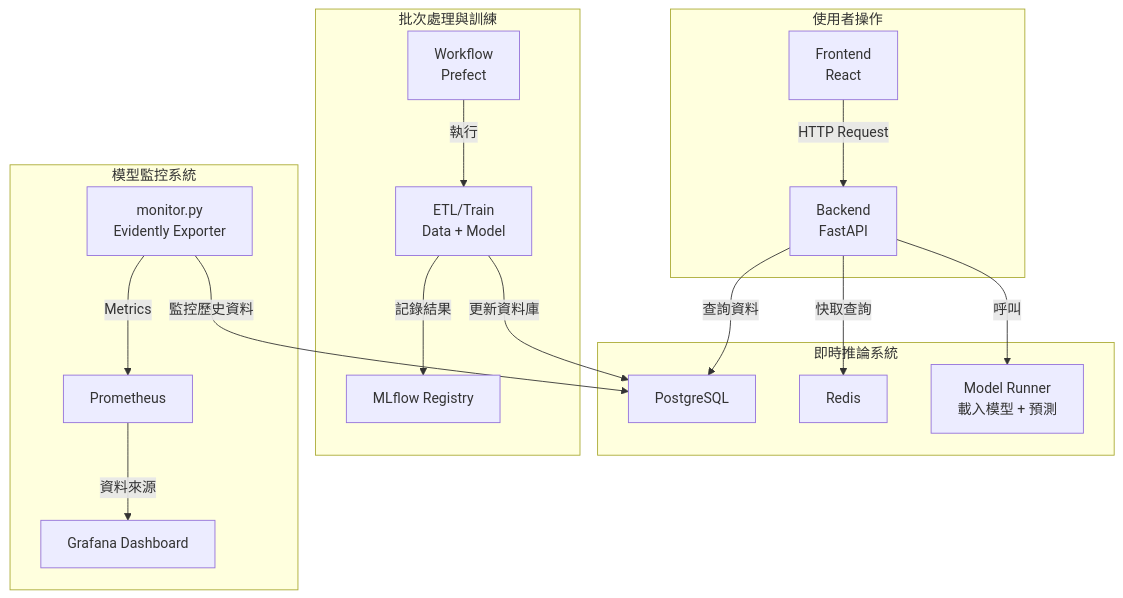
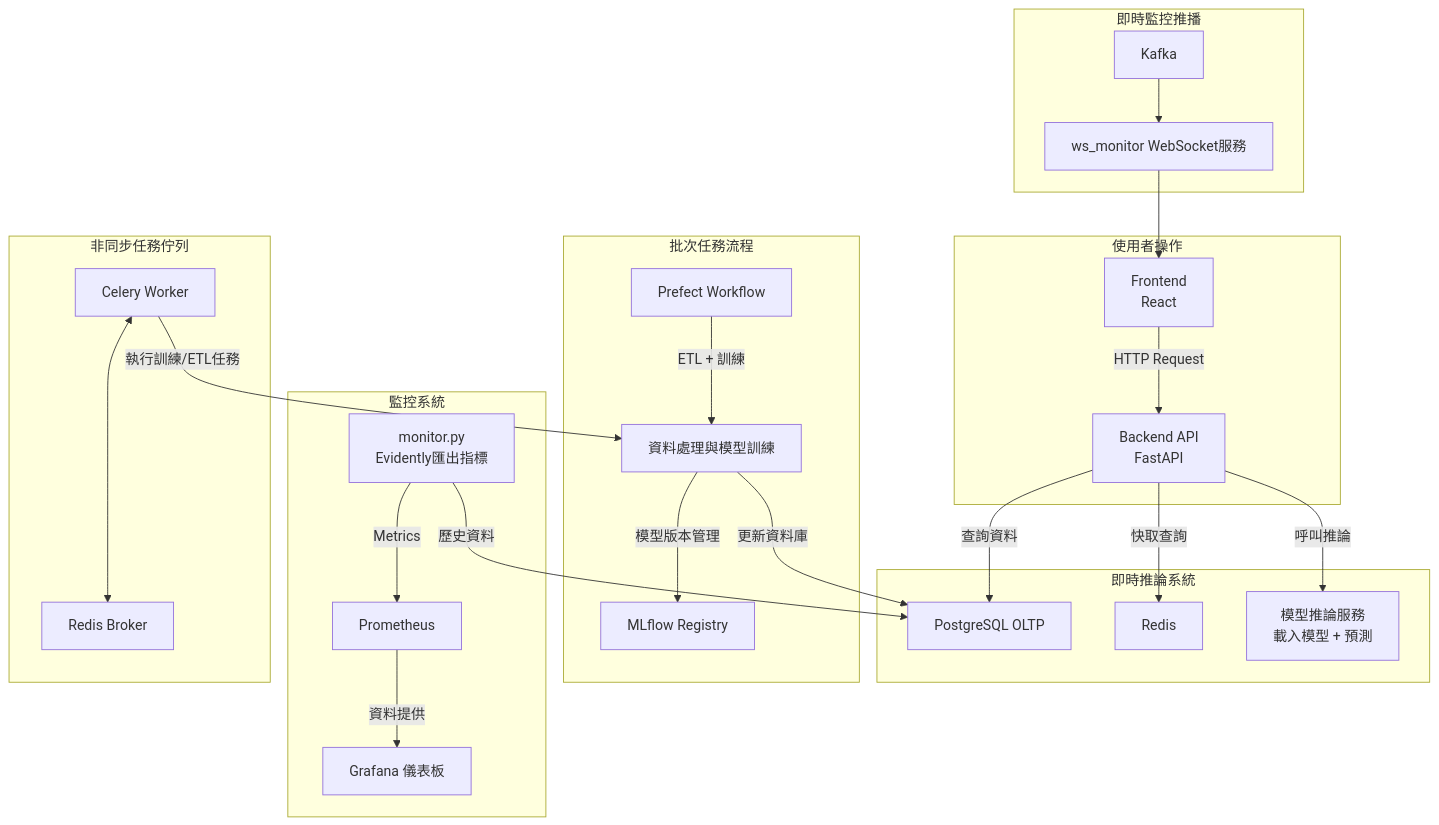
One commit to a920604a/stock-mlops changed the diagram in docs.md. Above: the diagram before and after it, drawn with Mermaid. The commit also changed other lines of this file and 1 other file, not shown here.

Commit message:
udpate docs

````diff
--- a/docs.md
+++ b/docs.md
@@ -24,25 +28,35 @@
 ```mermaid
 graph TD
   subgraph 使用者操作
     A[Frontend<br>React]
-    A -->|HTTP Request| B[Backend<br>FastAPI]
+    A -->|HTTP Request| B[Backend API<br>FastAPI]
   end
 
   subgraph 即時推論系統
-    B -->|查詢資料| D[PostgreSQL]
+    B -->|查詢資料| D[PostgreSQL OLTP]
     B -->|快取查詢| E[Redis]
-    B -->|呼叫| C[Model Runner<br>載入模型 + 預測]
+    B -->|呼叫推論| C[模型推論服務<br>載入模型 + 預測]
   end
 
-  subgraph 批次處理與訓練
-    F[Workflow<br>Prefect] -->|執行| G[ETL/Train<br>Data + Model]
-    G -->|記錄結果| H[MLflow Registry]
+  subgraph 批次任務流程
+    F[Prefect Workflow] -->|ETL + 訓練| G[資料處理與模型訓練]
+    G -->|模型版本管理| H[MLflow Registry]
     G -->|更新資料庫| D
   end
 
-  subgraph 模型監控系統
-    I[monitor.py<br>Evidently Exporter] -->|Metrics| J[Prometheus]
-    J -->|資料來源| K[Grafana Dashboard]
-    I -->|監控歷史資料| D
+  subgraph 監控系統
+    I[monitor.py<br>Evidently匯出指標] -->|Metrics| J[Prometheus]
+    J -->|資料提供| K[Grafana 儀表板]
+    I -->|歷史資料| D
   end
+
+  subgraph 非同步任務佇列
+    L[Celery Worker] <---> M[Redis Broker]
+    L -->|執行訓練/ETL任務| G
+  end
+
+  subgraph 即時監控推播
+    N[Kafka] --> O[ws_monitor WebSocket服務] --> A
+  end
+
 ```
````
